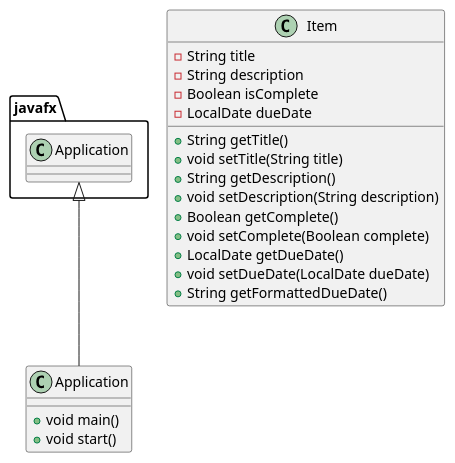
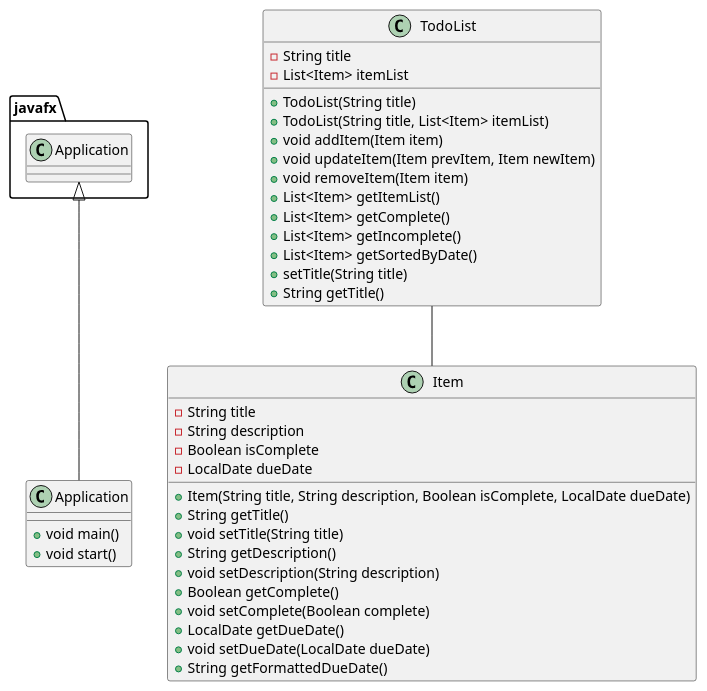
One commit to drumman22/grossman-app1-design changed the diagram in docs/Application.puml. Above: the diagram before and after it, drawn with PlantUML. The commit also changed 2 other files, not shown here.

Commit message:
Item and ItemTest

```diff
--- a/docs/Application.puml
+++ b/docs/Application.puml
@@ -1,26 +1,46 @@
 @startuml
 
 class Application {
 + void main()
 + void start()
+}
+
+class TodoList {
+-String title
+-List<Item> itemList
+
++ TodoList(String title)
++ TodoList(String title, List<Item> itemList)
++ void addItem(Item item)
++ void updateItem(Item prevItem, Item newItem)
++ void removeItem(Item item)
++ List<Item> getItemList()
++ List<Item> getComplete()
++ List<Item> getIncomplete()
++ List<Item> getSortedByDate()
++ setTitle(String title)
++ String getTitle()
 }
 
 class Item {
 -String title
 -String description
 -Boolean isComplete
 -LocalDate dueDate
 
++ Item(String title, String description, Boolean isComplete, LocalDate dueDate)
 + String getTitle()
 + void setTitle(String title)
 + String getDescription()
 + void setDescription(String description)
 + Boolean getComplete()
 + void setComplete(Boolean complete)
 + LocalDate getDueDate()
 + void setDueDate(LocalDate dueDate)
 + String getFormattedDueDate()
 }
 
 javafx.Application <|-- Application
+TodoList -- Item
+
 @enduml
```
